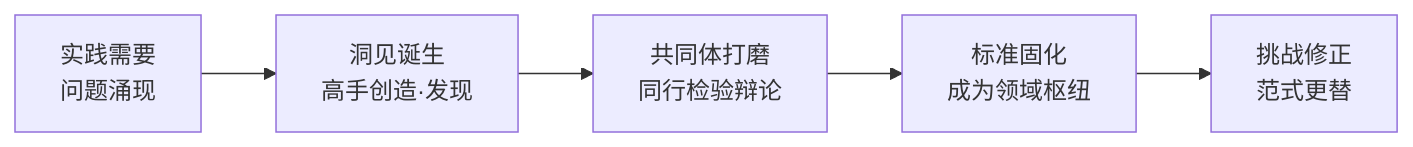
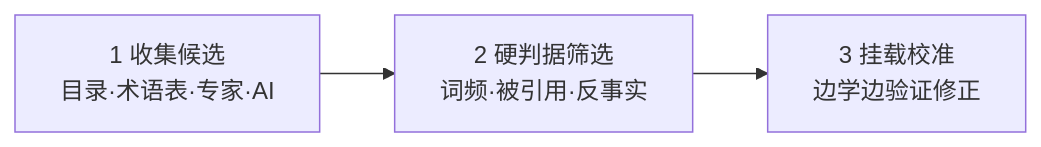
One commit to Yongjunzhou/AOS-system-design changed the diagram in 50-research/教材书/成书/build/.mmd/ch01-fig04.mmd. Above: the diagram before and after it, drawn with Mermaid. The commit also changed 90 other files, not shown here.

```diff
--- a/50-research/教材书/成书/build/.mmd/ch01-fig04.mmd
+++ b/50-research/教材书/成书/build/.mmd/ch01-fig04.mmd
@@ -1,5 +1,3 @@
 flowchart LR
-    A["实践需要<br/>问题涌现"] --> B["洞见诞生<br/>高手创造·发现"]
-    B --> C["共同体打磨<br/>同行检验辩论"]
-    C --> D["标准固化<br/>成为领域枢纽"]
-    D --> E["挑战修正<br/>范式更替"]
+    A["1 收集候选<br/>目录·术语表·专家·AI"] --> B["2 硬判据筛选<br/>词频·被引用·反事实"]
+    B --> C["3 挂载校准<br/>边学边验证修正"]
```
